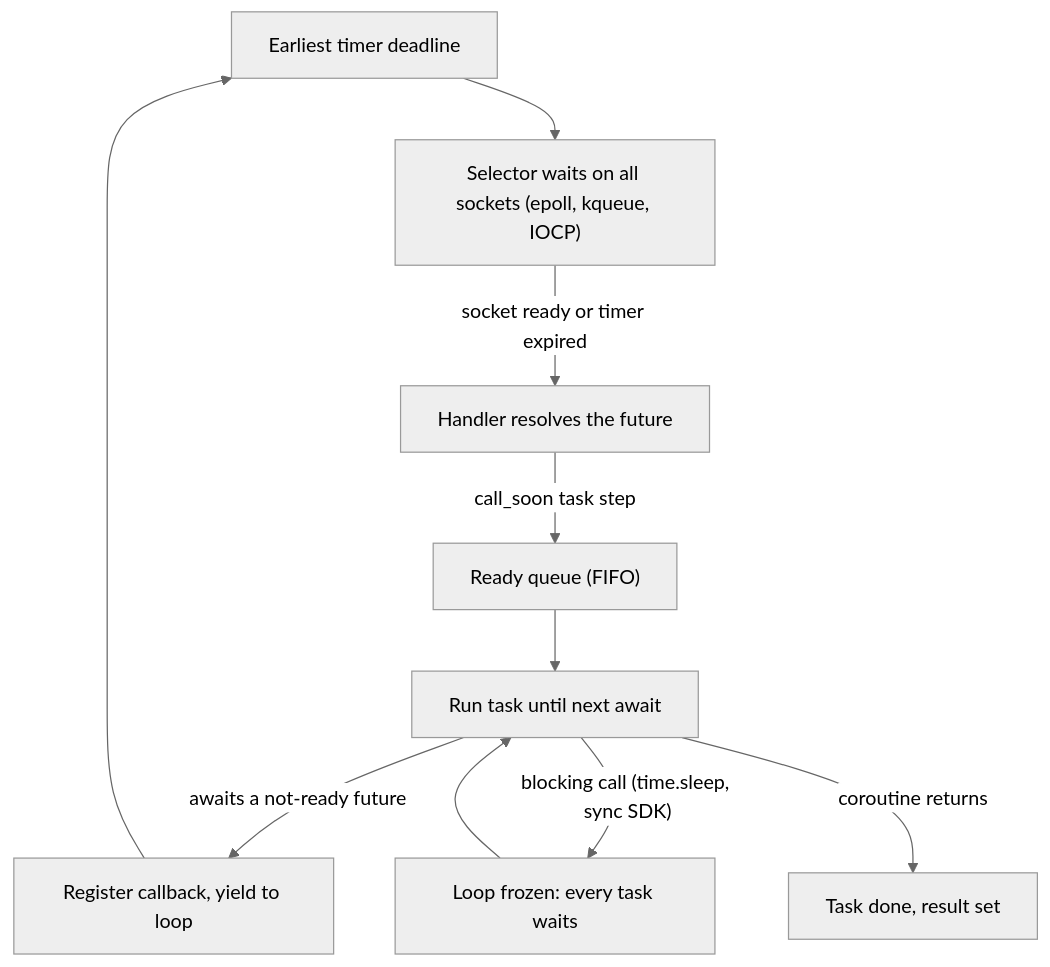
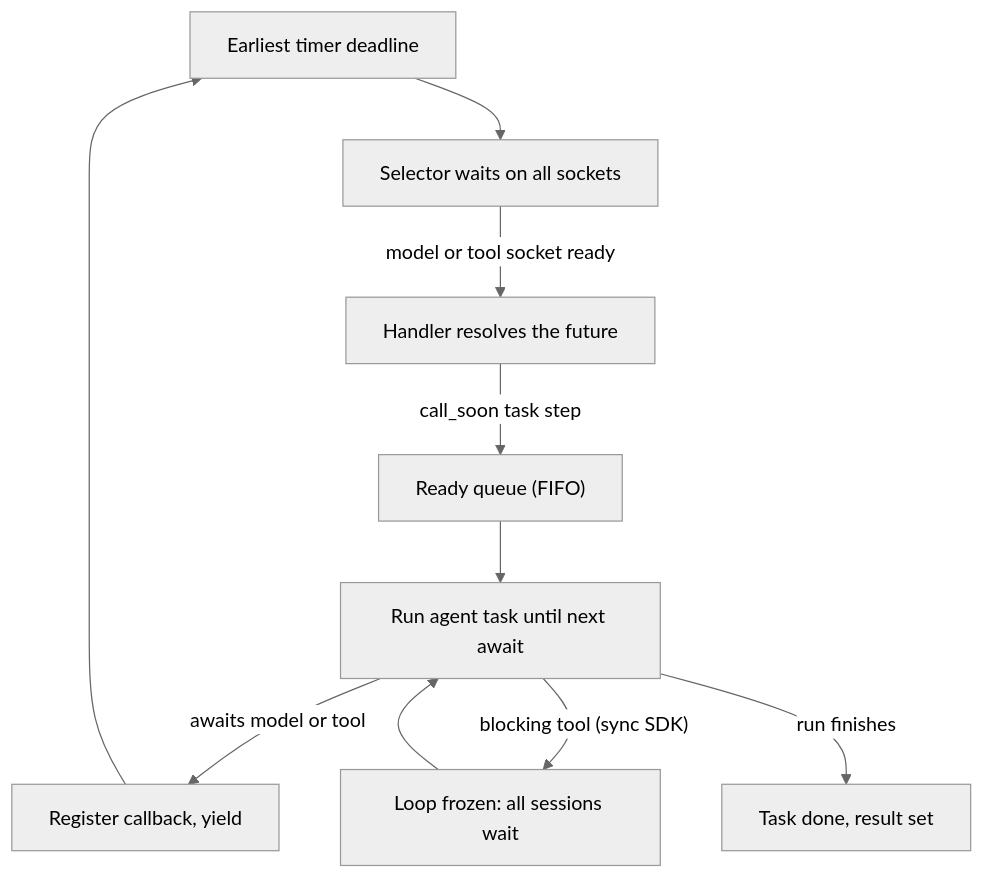
Before and after one commit to lovishmahajan97/agentic-learning: the diagram in content/python-for-ai/asyncio.md, drawn with Mermaid (neutral theme). The commit also changed other lines of this file and 266 other files, not shown here.

````diff
--- a/content/python-for-ai/asyncio.md
+++ b/content/python-for-ai/asyncio.md
@@ -115,12 +130,12 @@
 ```mermaid
 flowchart TD
-    T["Earliest timer deadline"] --> S["Selector waits on all sockets (epoll, kqueue, IOCP)"]
-    S -->|"socket ready or timer expired"| F["Handler resolves the future"]
+    T["Earliest timer deadline"] --> S["Selector waits on all sockets"]
+    S -->|"model or tool socket ready"| F["Handler resolves the future"]
     F -->|"call_soon task step"| R["Ready queue (FIFO)"]
-    R --> X["Run task until next await"]
-    X -->|"awaits a not-ready future"| W["Register callback, yield to loop"]
+    R --> X["Run agent task until next await"]
+    X -->|"awaits model or tool"| W["Register callback, yield"]
     W --> T
-    X -->|"blocking call (time.sleep, sync SDK)"| B["Loop frozen: every task waits"]
+    X -->|"blocking tool (sync SDK)"| B["Loop frozen: all sessions wait"]
     B --> X
-    X -->|"coroutine returns"| D["Task done, result set"]
+    X -->|"run finishes"| D["Task done, result set"]
 ```
````
